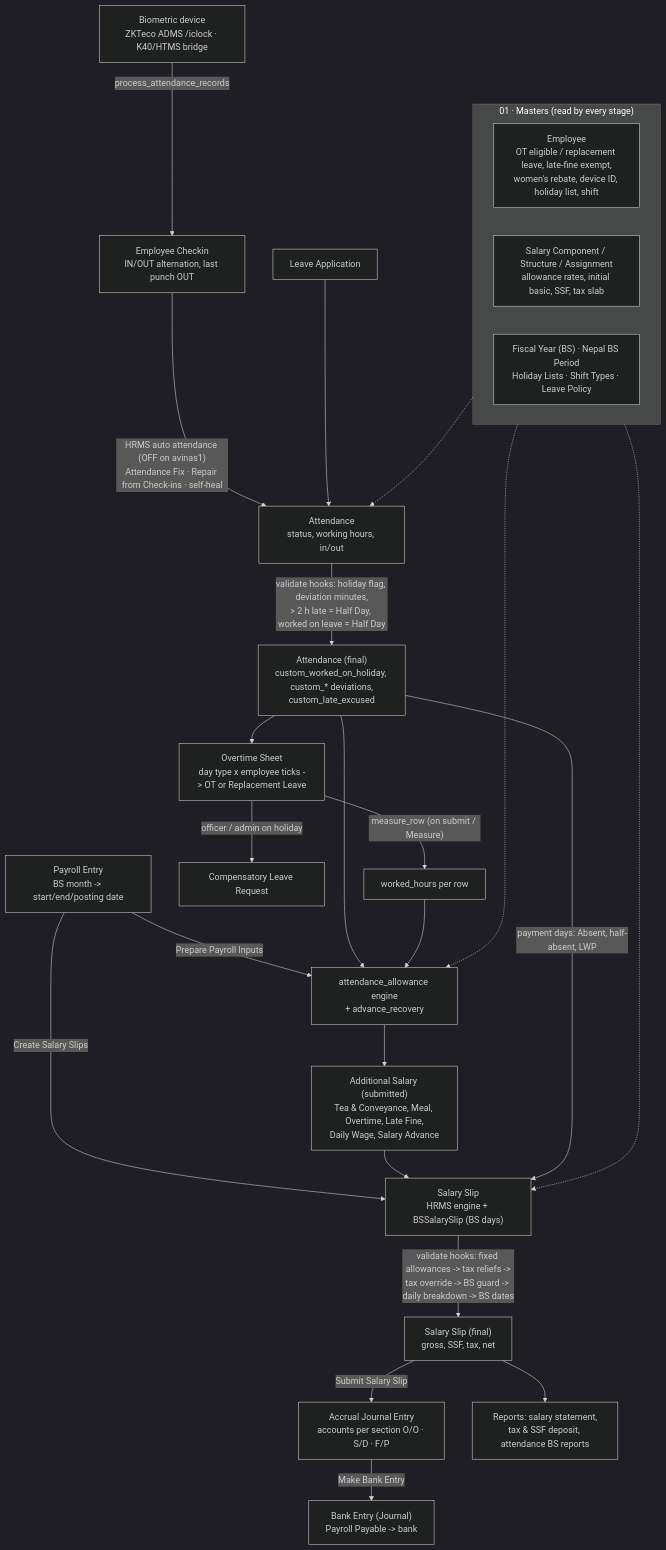
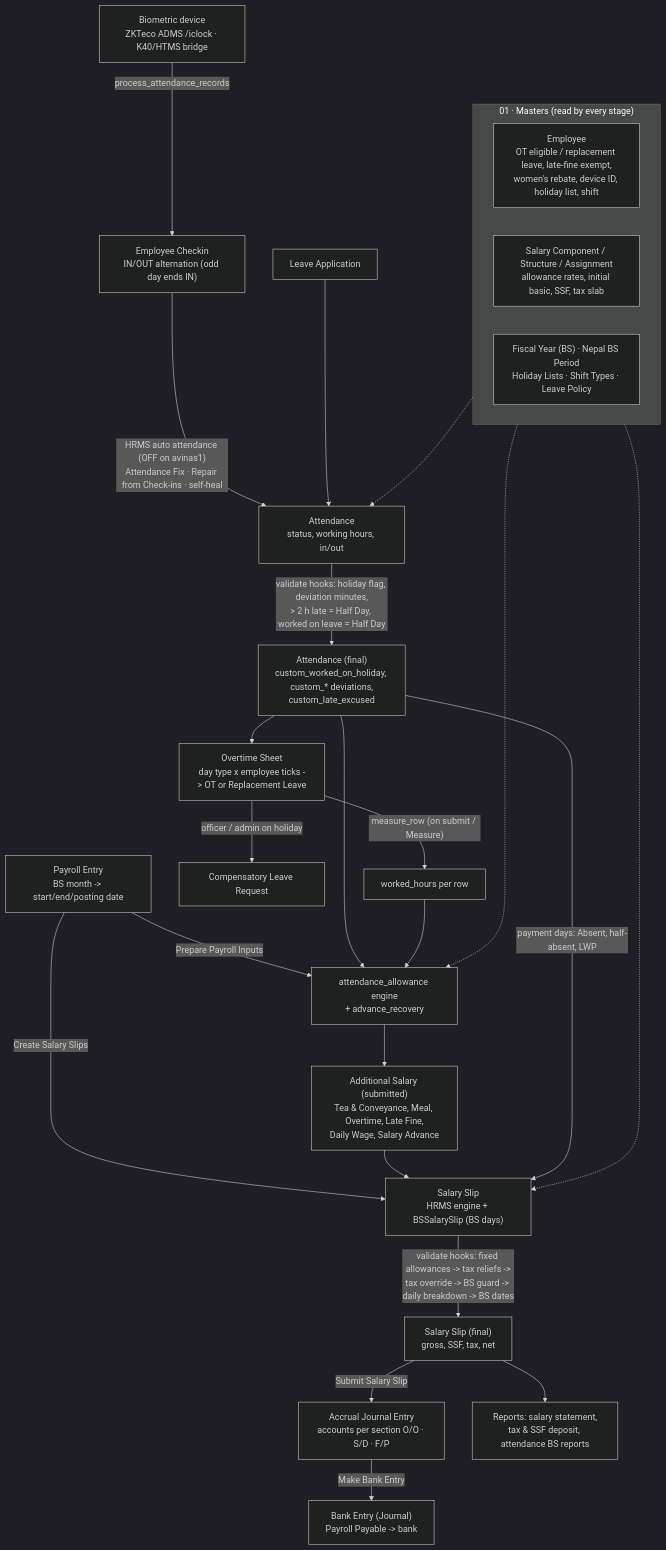
One commit to SubashRDP/avinashgroup_app changed the diagram in docs/system-reference/README.md. Above: the diagram before and after it, drawn with Mermaid (dark theme). The commit also changed 16 other files, not shown here.

First line of the commit message:
Punches IN, OUT, IN by order; the missed-punch digest goes to every device email

````diff
--- a/docs/system-reference/README.md
+++ b/docs/system-reference/README.md
@@ -22,33 +22,33 @@
 ```mermaid
 flowchart TD
     subgraph S1["01 · Masters (read by every stage)"]
         EMP["Employee<br/>OT eligible / replacement leave, late-fine exempt,<br/>women's rebate, device ID, holiday list, shift"]
         PAY["Salary Component / Structure / Assignment<br/>allowance rates, initial basic, SSF, tax slab"]
         CAL["Fiscal Year (BS) · Nepal BS Period<br/>Holiday Lists · Shift Types · Leave Policy"]
     end
 
-    DEV["Biometric device<br/>ZKTeco ADMS /iclock · K40/HTMS bridge"] -->|process_attendance_records| CHK["Employee Checkin<br/>IN/OUT alternation, last punch OUT"]
+    DEV["Biometric device<br/>ZKTeco ADMS /iclock · K40/HTMS bridge"] -->|process_attendance_records| CHK["Employee Checkin<br/>IN/OUT alternation (odd day ends IN)"]
     CHK -->|"HRMS auto attendance (OFF on avinas1)<br/>Attendance Fix · Repair from Check-ins · self-heal"| ATT["Attendance<br/>status, working hours, in/out"]
     ATT -->|"validate hooks: holiday flag, deviation minutes,<br/>> 2 h late = Half Day, worked on leave = Half Day"| ATT2["Attendance (final)<br/>custom_worked_on_holiday, custom_* deviations,<br/>custom_late_excused"]
     LEAVE["Leave Application"] --> ATT
     OTS["Overtime Sheet<br/>day type x employee ticks -> OT or Replacement Leave"] -->|"measure_row (on submit / Measure)"| OTH["worked_hours per row"]
     ATT2 --> OTS
     OTS -->|"officer / admin on holiday"| CLR["Compensatory Leave Request"]
 
     PE["Payroll Entry<br/>BS month -> start/end/posting date"] -->|"Prepare Payroll Inputs"| ENG["attendance_allowance engine<br/>+ advance_recovery"]
     ATT2 --> ENG
     OTH --> ENG
     ENG --> ADS["Additional Salary (submitted)<br/>Tea & Conveyance, Meal, Overtime, Late Fine,<br/>Daily Wage, Salary Advance"]
 
     PE -->|"Create Salary Slips"| SS["Salary Slip<br/>HRMS engine + BSSalarySlip (BS days)"]
     ADS --> SS
     ATT2 -->|"payment days: Absent, half-absent, LWP"| SS
     SS -->|"validate hooks: fixed allowances -> tax reliefs -><br/>tax override -> BS guard -> daily breakdown -> BS dates"| SS2["Salary Slip (final)<br/>gross, SSF, tax, net"]
     SS2 -->|"Submit Salary Slip"| JV["Accrual Journal Entry<br/>accounts per section O/O · S/D · F/P"]
     JV -->|"Make Bank Entry"| BANK["Bank Entry (Journal)<br/>Payroll Payable -> bank"]
     SS2 --> REP["Reports: salary statement,<br/>tax & SSF deposit, attendance BS reports"]
 
     S1 -.-> ATT
     S1 -.-> ENG
     S1 -.-> SS
 ```
````
